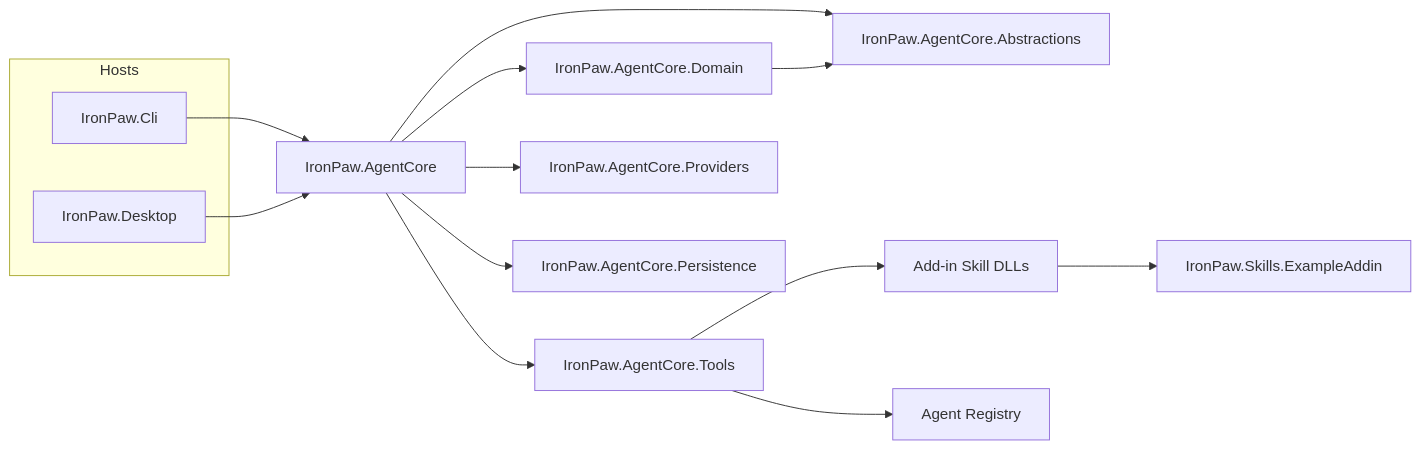
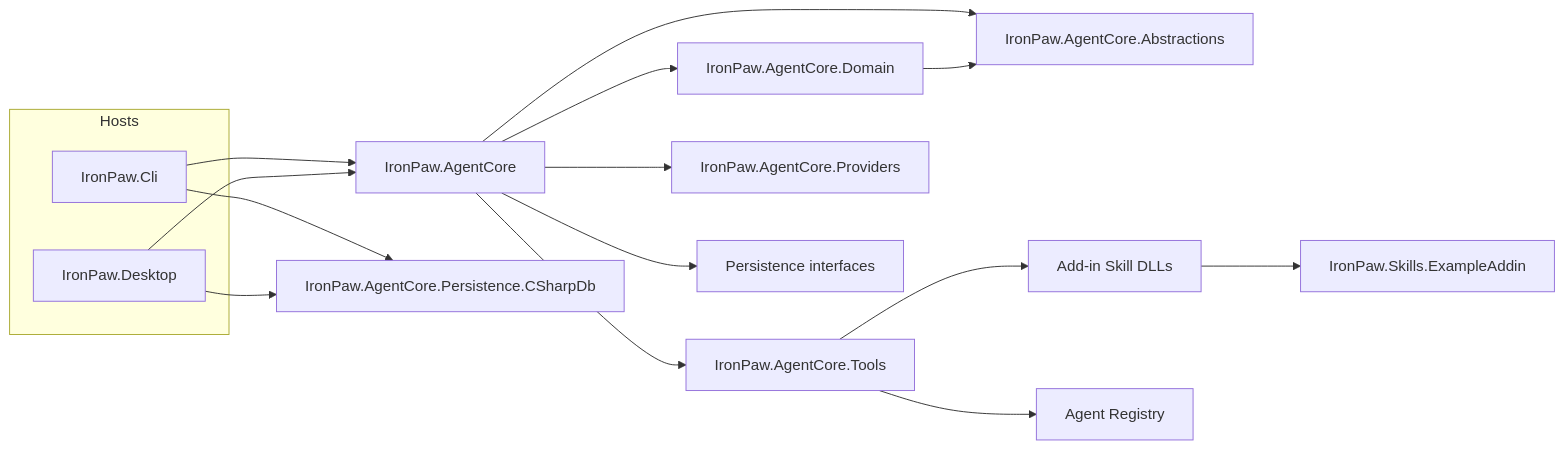
Before and after one commit to MaxAkbar/IronPaw: the first of 2 diagrams in README.md, drawn with Mermaid. The commit also changed other lines of this file and 93 other files, not shown here.

````diff
--- a/README.md
+++ b/README.md
@@ -17,21 +34,23 @@
 ```mermaid
 flowchart LR
   subgraph Hosts
     CLI[IronPaw.Cli]
     Desktop[IronPaw.Desktop]
   end
 
   CLI --> Core[IronPaw.AgentCore]
   Desktop --> Core
 
   Core --> Abstractions[IronPaw.AgentCore.Abstractions]
   Core --> Domain[IronPaw.AgentCore.Domain]
   Domain --> Abstractions
   Core --> Tools[IronPaw.AgentCore.Tools]
   Core --> Providers[IronPaw.AgentCore.Providers]
-  Core --> Persistence[IronPaw.AgentCore.Persistence]
+  Core --> Persistence[Persistence interfaces]
+  CLI --> CSharpDb[IronPaw.AgentCore.Persistence.CSharpDb]
+  Desktop --> CSharpDb
 
   Tools --> Addins[Add-in Skill DLLs]
   Tools --> AgentReg[Agent Registry]
   Addins --> ExampleAddin[IronPaw.Skills.ExampleAddin]
 ```
````
